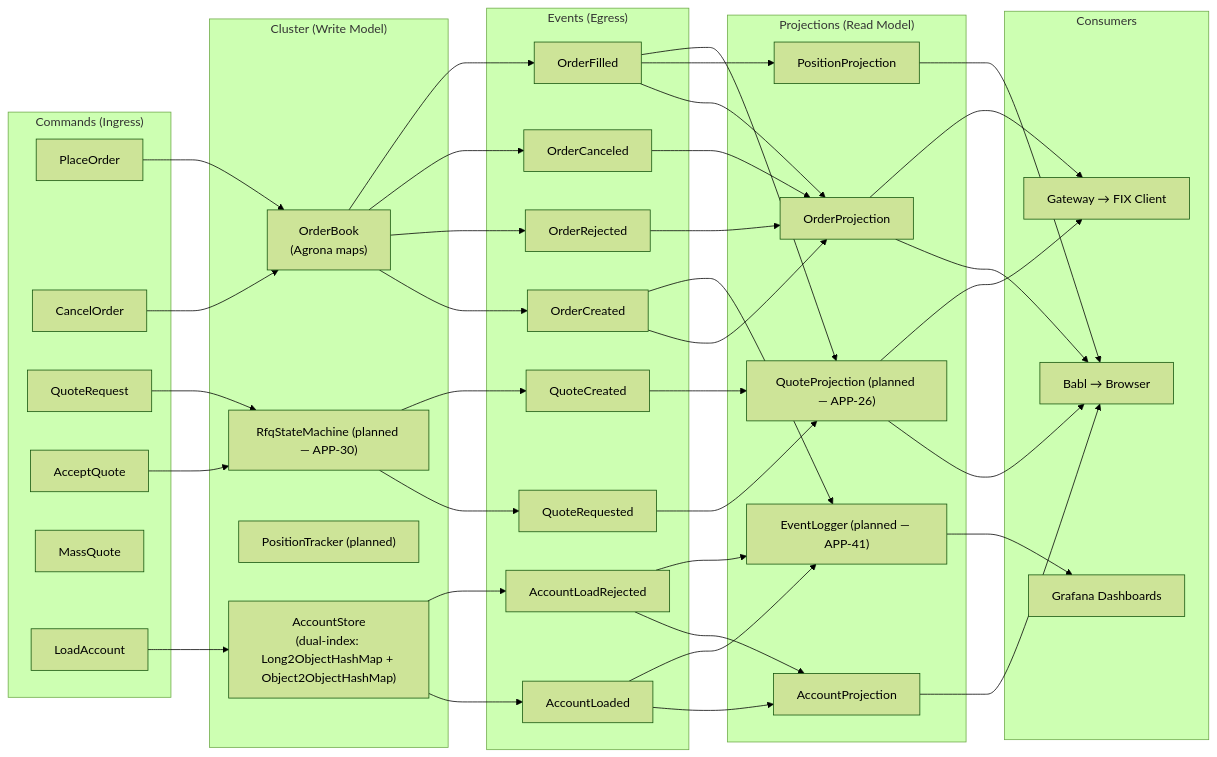
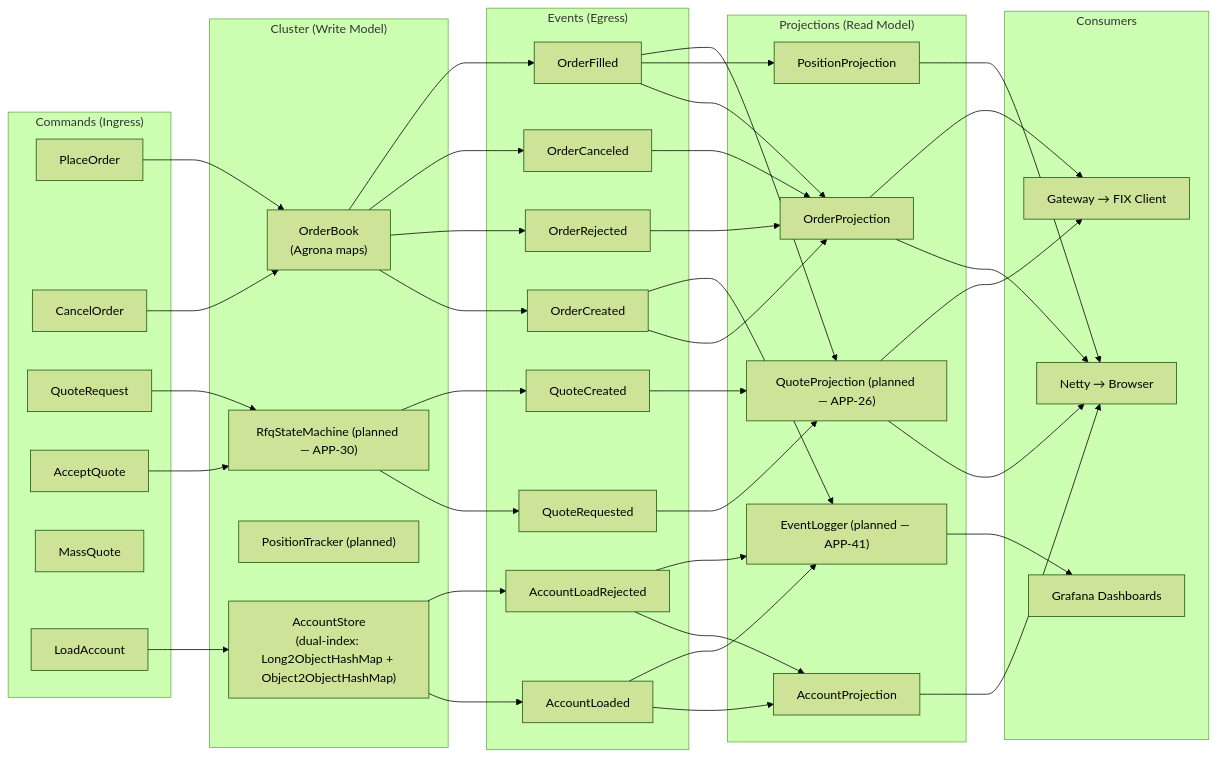
The diagram in docs/event-map.md (jsohi/app-trading-engine), drawn with Mermaid (forest theme) before and after one commit. The commit also changed 11 other files, not shown here.

First line of the commit message:
APP-35: rename Babl → Netty across all design docs + add websocket architecture doc

````diff
--- a/docs/event-map.md
+++ b/docs/event-map.md
@@ -169,80 +169,80 @@
 ```mermaid
 graph LR
     subgraph Ingress["Commands (Ingress)"]
         PlaceOrder
         CancelOrder
         QuoteRequest
         AcceptQuote
         MassQuote
         LoadAccount
     end
 
     subgraph Cluster["Cluster (Write Model)"]
         OH["OrderBook<br/>(Agrona maps)"]
         RFQ["RfqStateMachine (planned — APP-30)"]
         PT["PositionTracker (planned)"]
         AS["AccountStore<br/>(dual-index: Long2ObjectHashMap + Object2ObjectHashMap)"]
     end
 
     subgraph Events["Events (Egress)"]
         OA["OrderCreated"]
         OR["OrderRejected"]
         OF["OrderFilled"]
         OC["OrderCanceled"]
         QReq["QuoteRequested"]
         QC["QuoteCreated"]
         AL["AccountLoaded"]
         ALR["AccountLoadRejected"]
     end
 
     subgraph ReadModel["Projections (Read Model)"]
         OP["OrderProjection"]
         PP["PositionProjection"]
         QP["QuoteProjection (planned — APP-26)"]
         AP["AccountProjection"]
         EL["EventLogger (planned — APP-41)"]
     end
 
     subgraph Consumers["Consumers"]
-        Babl["Babl → Browser"]
+        Netty["Netty → Browser"]
         FIX["Gateway → FIX Client"]
         Grafana["Grafana Dashboards"]
     end
 
     PlaceOrder --> OH
     CancelOrder --> OH
     QuoteRequest --> RFQ
     AcceptQuote --> RFQ
     LoadAccount --> AS
 
     OH --> OA
     OH --> OR
     OH --> OC
     OH --> OF
     RFQ --> QReq
     RFQ --> QC
     AS --> AL
     AS --> ALR
 
     OA --> OP
     OA --> EL
     OR --> OP
     OF --> OP
     OF --> PP
     OF --> QP
     OC --> OP
     QReq --> QP
     QC --> QP
     AL --> AP
     AL --> EL
     ALR --> AP
     ALR --> EL
 
-    OP --> Babl
-    PP --> Babl
-    QP --> Babl
-    AP --> Babl
+    OP --> Netty
+    PP --> Netty
+    QP --> Netty
+    AP --> Netty
     OP --> FIX
     QP --> FIX
     EL --> Grafana
 ```
````
